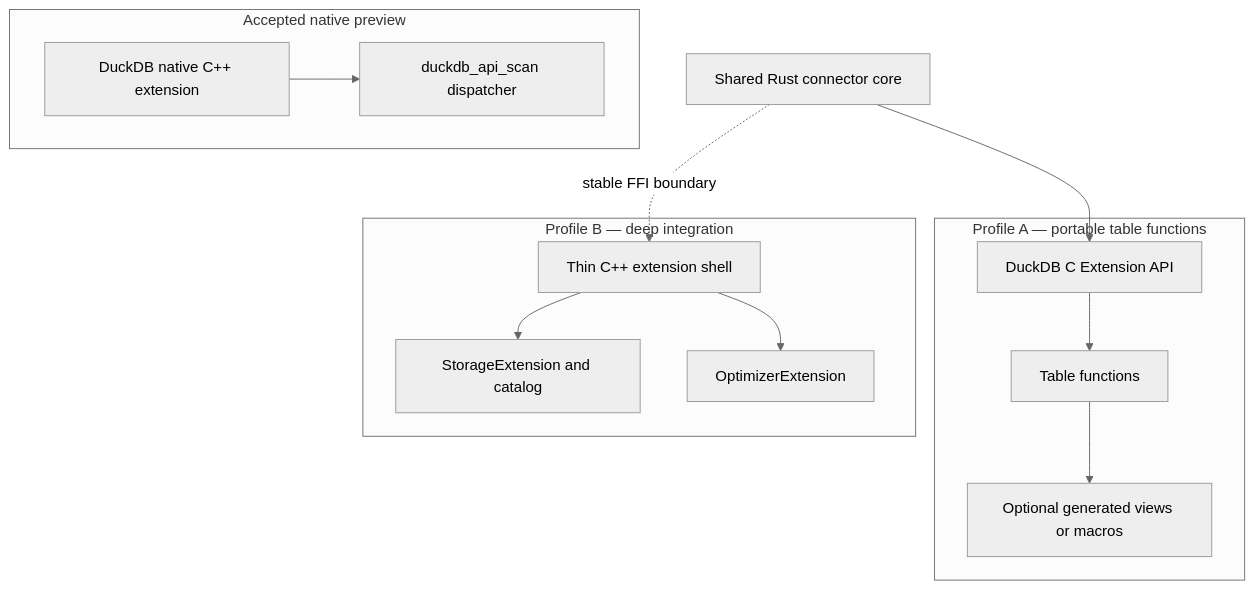
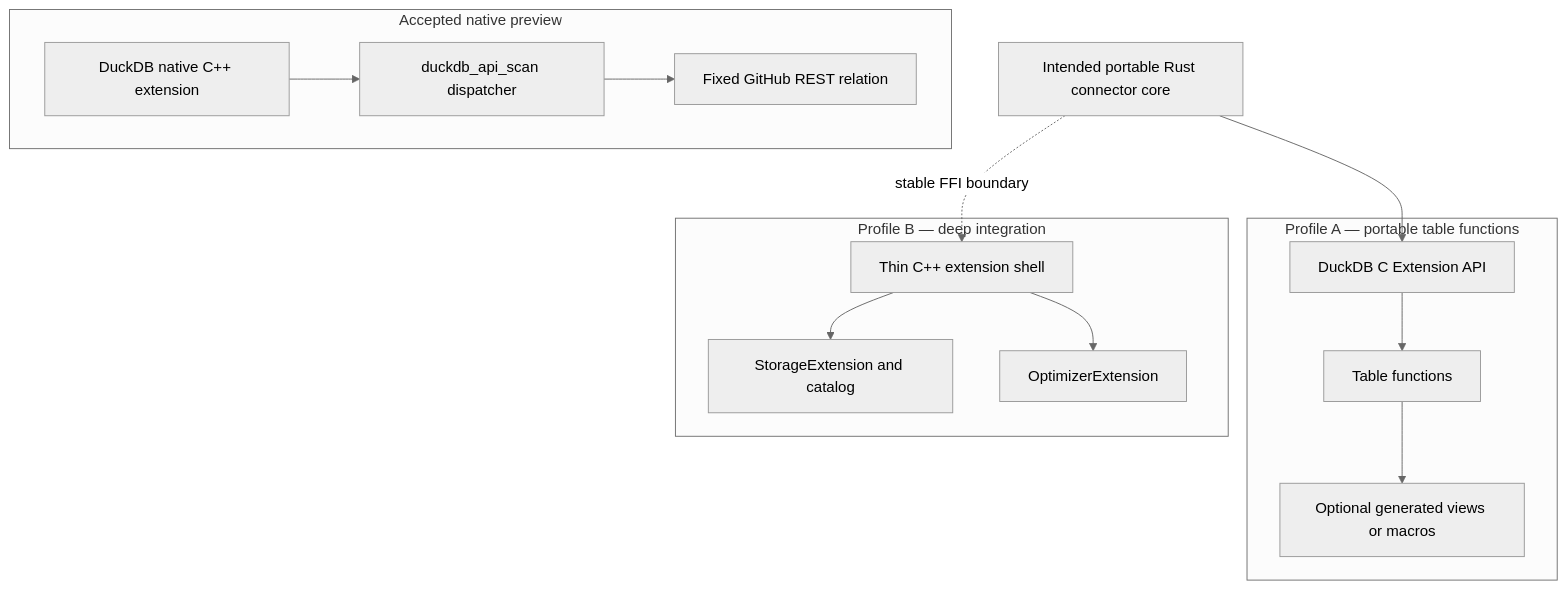
One commit to ngalluzzo/duckdb-fdw changed the second of 6 diagrams in docs/ARCHITECTURE.md. Above: the diagram before and after it, drawn with Mermaid (neutral theme). The commit also changed other lines of this file, not shown here.

First line of the commit message:
docs(architecture): define the live REST preview

````diff
--- a/docs/ARCHITECTURE.md
+++ b/docs/ARCHITECTURE.md
@@ -172,28 +173,29 @@
 ```mermaid
 flowchart TB
-    CORE[Shared Rust connector core]
+    CORE[Intended portable Rust connector core]
 
     subgraph P[Accepted native preview]
         NATIVE[DuckDB native C++ extension]
         DISPATCH[duckdb_api_scan dispatcher]
-        NATIVE --> DISPATCH
+        LIVE[Fixed GitHub REST relation]
+        NATIVE --> DISPATCH --> LIVE
     end
 
     subgraph A[Profile A — portable table functions]
         CAPI[DuckDB C Extension API]
         TF[Table functions]
         VIEW[Optional generated views or macros]
         CAPI --> TF --> VIEW
     end
 
     subgraph B[Profile B — deep integration]
         CPP[Thin C++ extension shell]
         CAT[StorageExtension and catalog]
         OPT[OptimizerExtension]
         CPP --> CAT
         CPP --> OPT
     end
 
     CORE --> CAPI
     CORE -. stable FFI boundary .-> CPP
 ```
````
